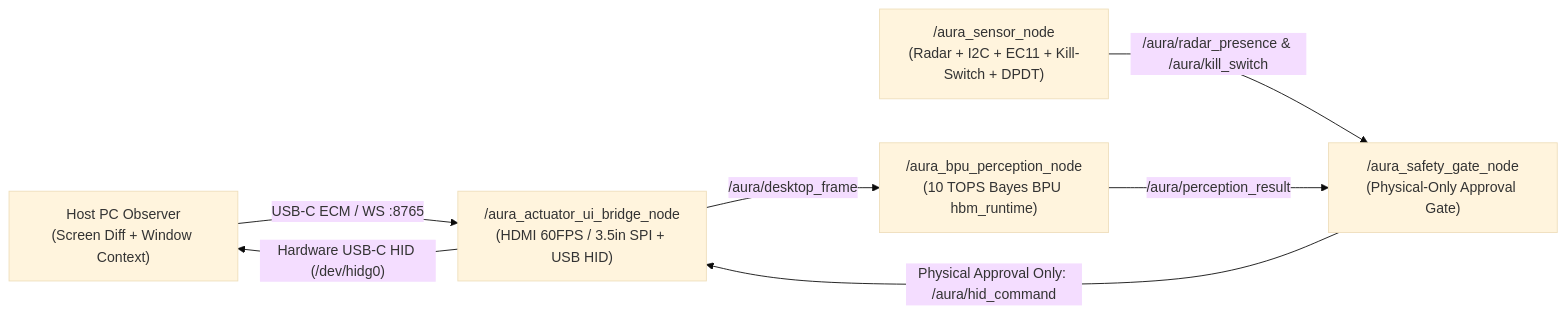
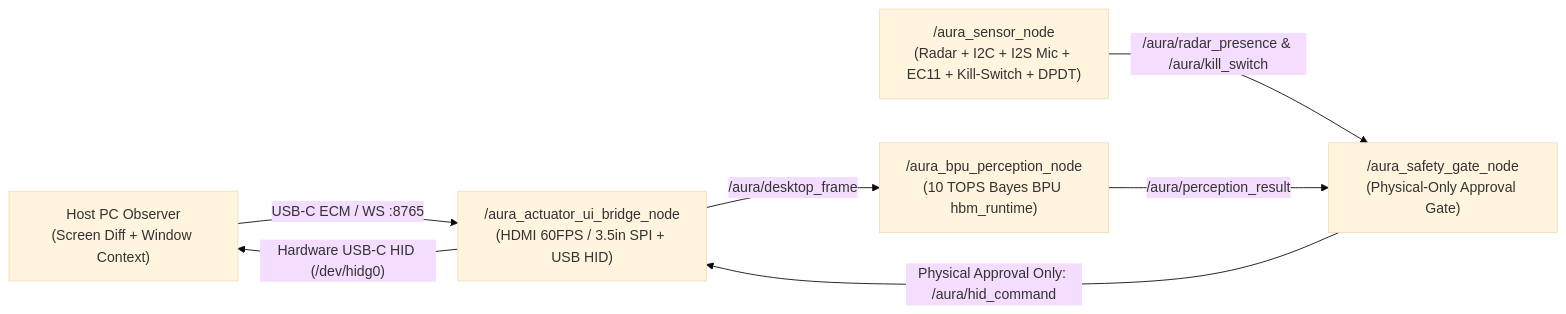
The diagram in projects/147qaz258-ead-Project-AURA-X5.md (D-Robotics/Robotics-Dream-Keeper-Challenge-Winter), drawn with Mermaid (base theme) before and after one commit. The commit also changed other lines of this file, not shown here.

Commit message:
Update showcase: add verified Stage 1 RDK X5 bring-up, I2S mic & YOLO11n BPU evidence

````diff
--- a/projects/147qaz258-ead-Project-AURA-X5.md
+++ b/projects/147qaz258-ead-Project-AURA-X5.md
@@ -24,9 +24,9 @@
 ```mermaid
 flowchart LR
   PC["Host PC Observer\n(Screen Diff + Window Context)"] -->|"USB-C ECM / WS :8765"| UI["/aura_actuator_ui_bridge_node\n(HDMI 60FPS / 3.5in SPI + USB HID)"]
   UI -->|"/aura/desktop_frame"| BPU["/aura_bpu_perception_node\n(10 TOPS Bayes BPU hbm_runtime)"]
-  SENS["/aura_sensor_node\n(Radar + I2C + EC11 + Kill-Switch + DPDT)"] -->|"/aura/radar_presence & /aura/kill_switch"| GATE["/aura_safety_gate_node\n(Physical-Only Approval Gate)"]
+  SENS["/aura_sensor_node\n(Radar + I2C + I2S Mic + EC11 + Kill-Switch + DPDT)"] -->|"/aura/radar_presence & /aura/kill_switch"| GATE["/aura_safety_gate_node\n(Physical-Only Approval Gate)"]
   BPU -->|"/aura/perception_result"| GATE
   GATE -->|"Physical Approval Only: /aura/hid_command"| UI
   UI -->|"Hardware USB-C HID (/dev/hidg0)"| PC
 ```
````
